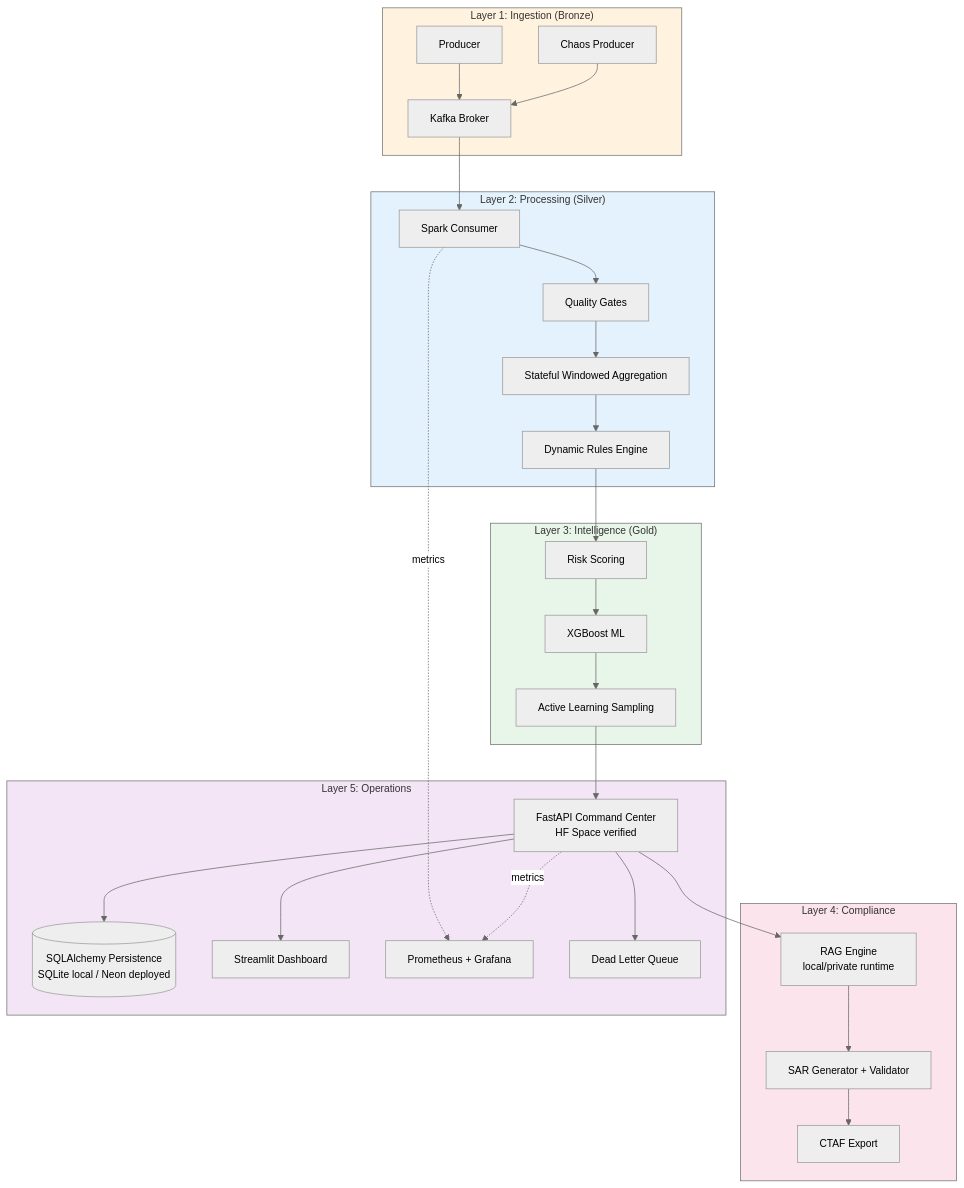
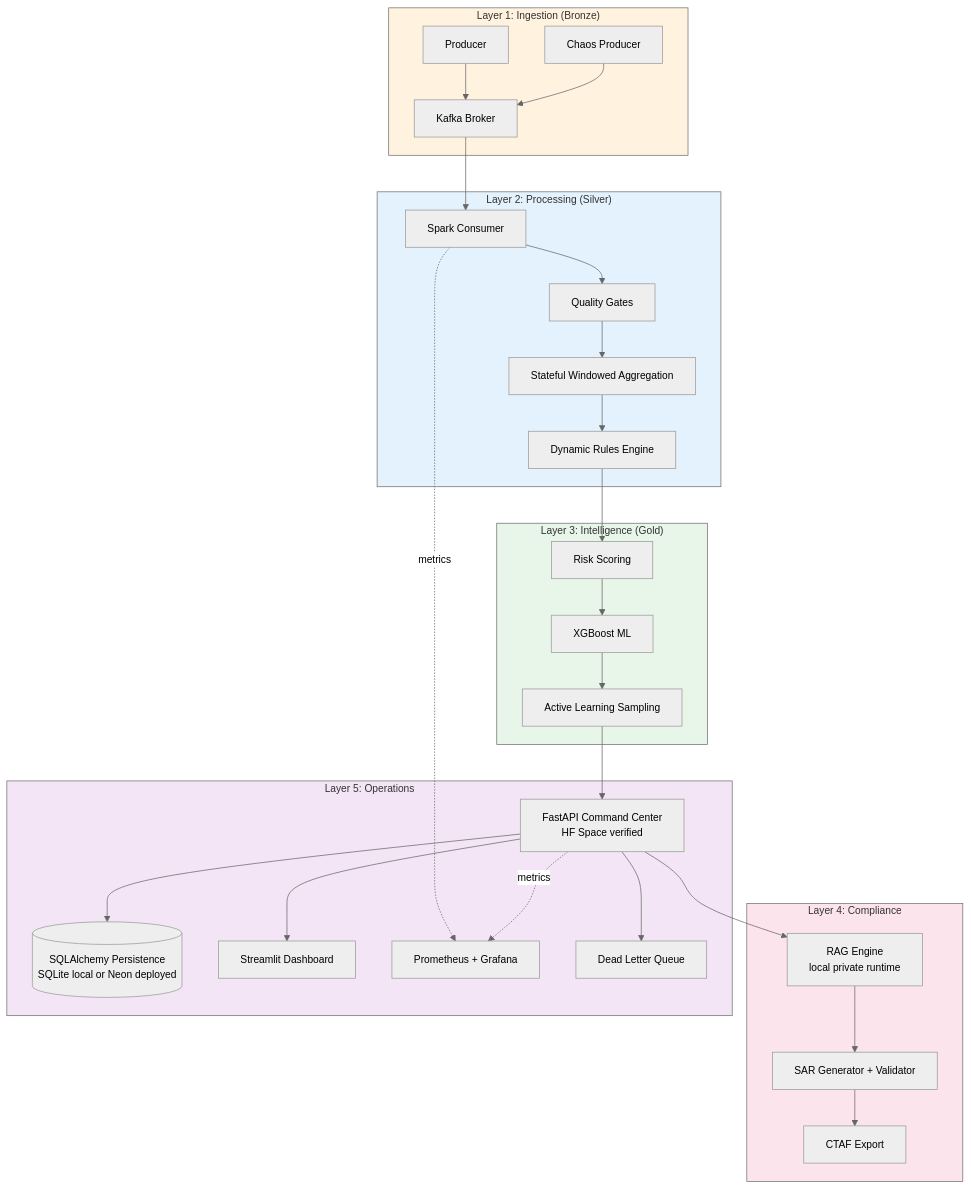
The fourth of 5 diagrams in README.md (ReguiguiMohamed/hybrid-real-time-fraud-detection-tunisia), drawn with Mermaid before and after one commit. The commit also changed other lines of this file, not shown here.

Commit message:
docs: fix mermaid architecture rendering

````diff
--- a/README.md
+++ b/README.md
@@ -134,61 +134,61 @@
 ```mermaid
 %%{init: {'theme': 'neutral', 'themeVariables': { 'fontSize': '14px'}}}%%
 graph TB
     subgraph Ingestion["Layer 1: Ingestion (Bronze)"]
         P1[Producer]
         P2[Chaos Producer]
         K[Kafka Broker]
     end
 
     subgraph Processing["Layer 2: Processing (Silver)"]
         C[Spark Consumer]
         QG[Quality Gates]
         SA[Stateful Windowed Aggregation]
         RE[Dynamic Rules Engine]
     end
 
     subgraph Intelligence["Layer 3: Intelligence (Gold)"]
         ML[XGBoost ML]
         RS[Risk Scoring]
         SM[Active Learning Sampling]
     end
 
     subgraph Compliance["Layer 4: Compliance"]
-        RAG[RAG Engine\nlocal/private runtime]
+        RAG["RAG Engine\nlocal private runtime"]
         SAR[SAR Generator + Validator]
         CTAF[CTAF Export]
     end
 
     subgraph Operations["Layer 5: Operations"]
         API[FastAPI Command Center\nHF Space verified]
-        DB[(SQLAlchemy Persistence\nSQLite local / Neon deployed)]
+        DB[(SQLAlchemy Persistence\nSQLite local or Neon deployed)]
         Dash[Streamlit Dashboard]
         Mon[Prometheus + Grafana]
         DLQ[Dead Letter Queue]
     end
 
     P1 --> K
     P2 --> K
     K --> C
     C --> QG
     QG --> SA
     SA --> RE
     RE --> RS
     RS --> ML
     ML --> SM
     SM --> API
     API --> DB
     API --> RAG
     RAG --> SAR
     SAR --> CTAF
     API --> Dash
     C -. metrics .-> Mon
     API -. metrics .-> Mon
     API --> DLQ
 
     style Ingestion fill:#fff3e0
     style Processing fill:#e3f2fd
     style Intelligence fill:#e8f5e9
     style Compliance fill:#fce4ec
     style Operations fill:#f3e5f5
 ```
````
